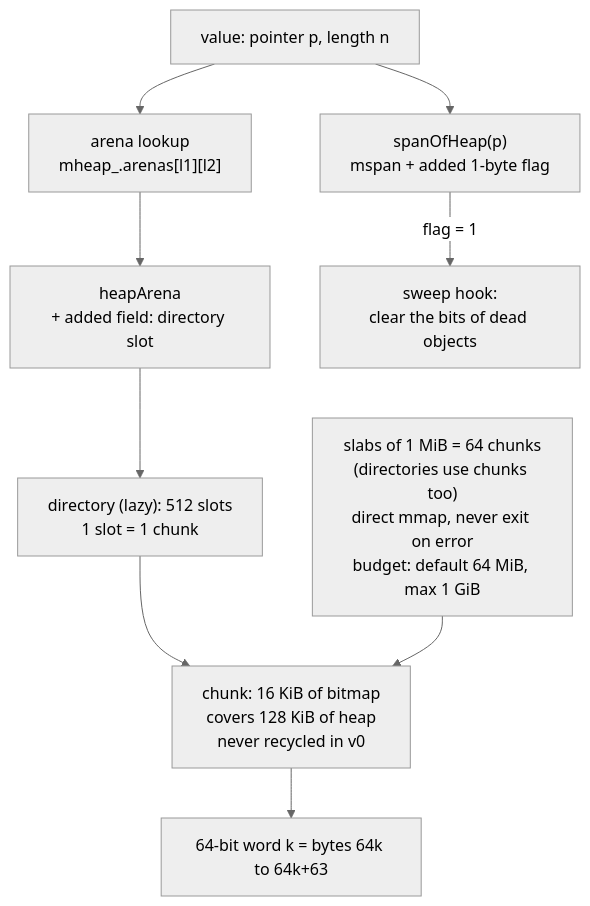
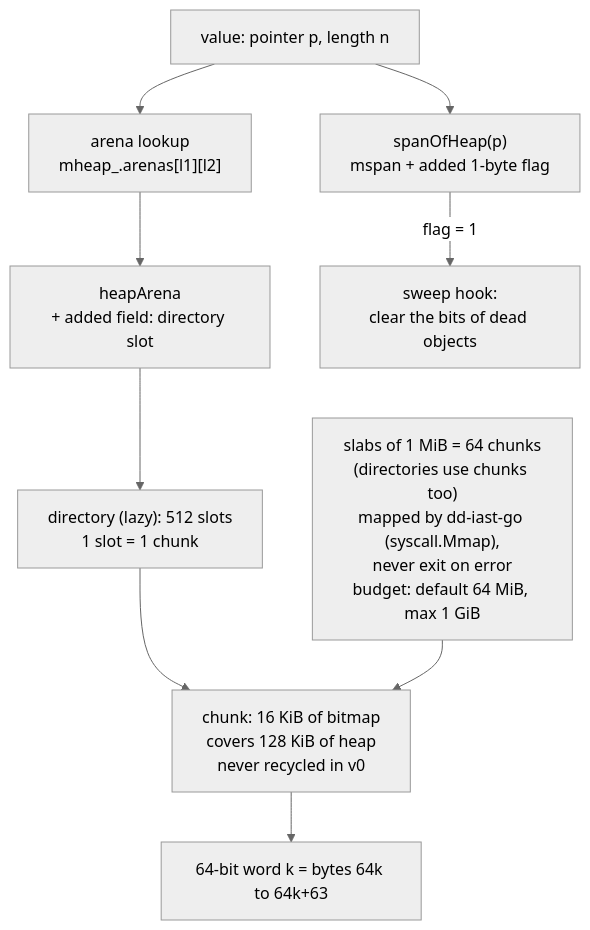
One commit to DataDog/dd-iast-go changed the second of 7 diagrams in _docs/design/taint-tracking-v0.md. Above: the diagram before and after it, drawn with Mermaid (neutral theme). The commit also changed other lines of this file, not shown here.

````diff
--- a/_docs/design/taint-tracking-v0.md
+++ b/_docs/design/taint-tracking-v0.md
@@ -142,11 +145,11 @@
 ```mermaid
 flowchart TB
   P["value: pointer p, length n"] --> AL["arena lookup<br/>mheap_.arenas[l1][l2]"]
   AL --> HA["heapArena<br/>+ added field: directory slot"]
   HA --> DIR["directory (lazy): 512 slots<br/>1 slot = 1 chunk"]
   DIR --> CH["chunk: 16 KiB of bitmap<br/>covers 128 KiB of heap<br/>never recycled in v0"]
   CH --> W["64-bit word k = bytes 64k to 64k+63"]
   P --> SP["spanOfHeap(p)<br/>mspan + added 1-byte flag"]
   SP -- "flag = 1" --> SW["sweep hook:<br/>clear the bits of dead objects"]
-  SLAB["slabs of 1 MiB = 64 chunks<br/>(directories use chunks too)<br/>direct mmap, never exit on error<br/>budget: default 64 MiB, max 1 GiB"] --> CH
+  SLAB["slabs of 1 MiB = 64 chunks<br/>(directories use chunks too)<br/>mapped by dd-iast-go (syscall.Mmap),<br/>never exit on error<br/>budget: default 64 MiB, max 1 GiB"] --> CH
 ```
````
